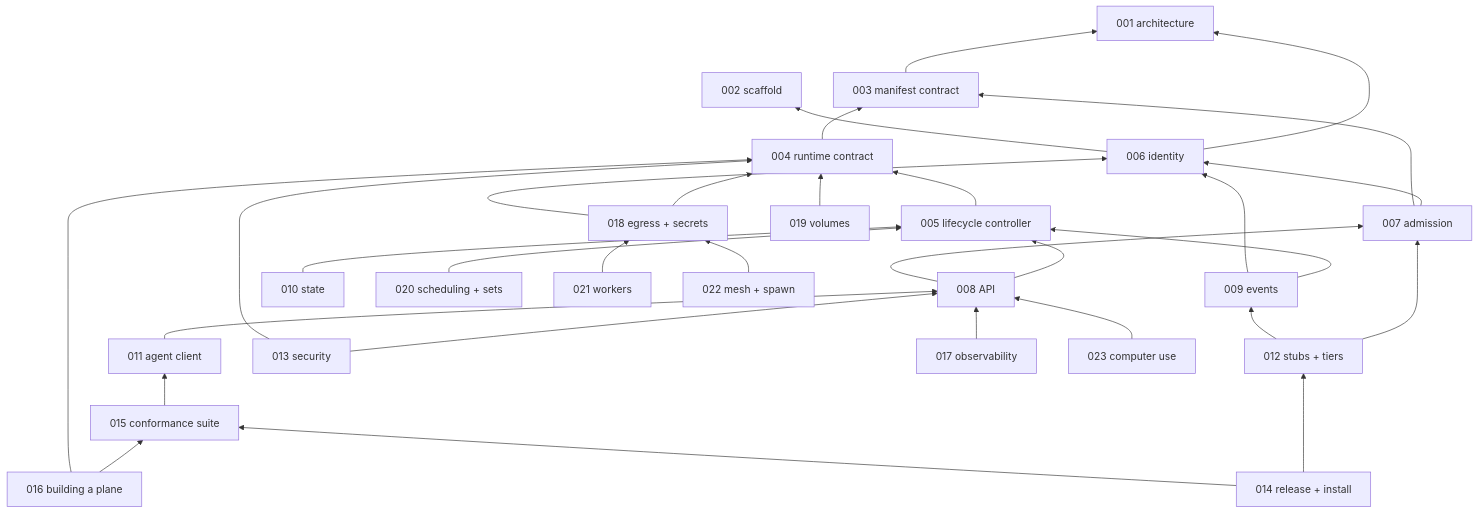
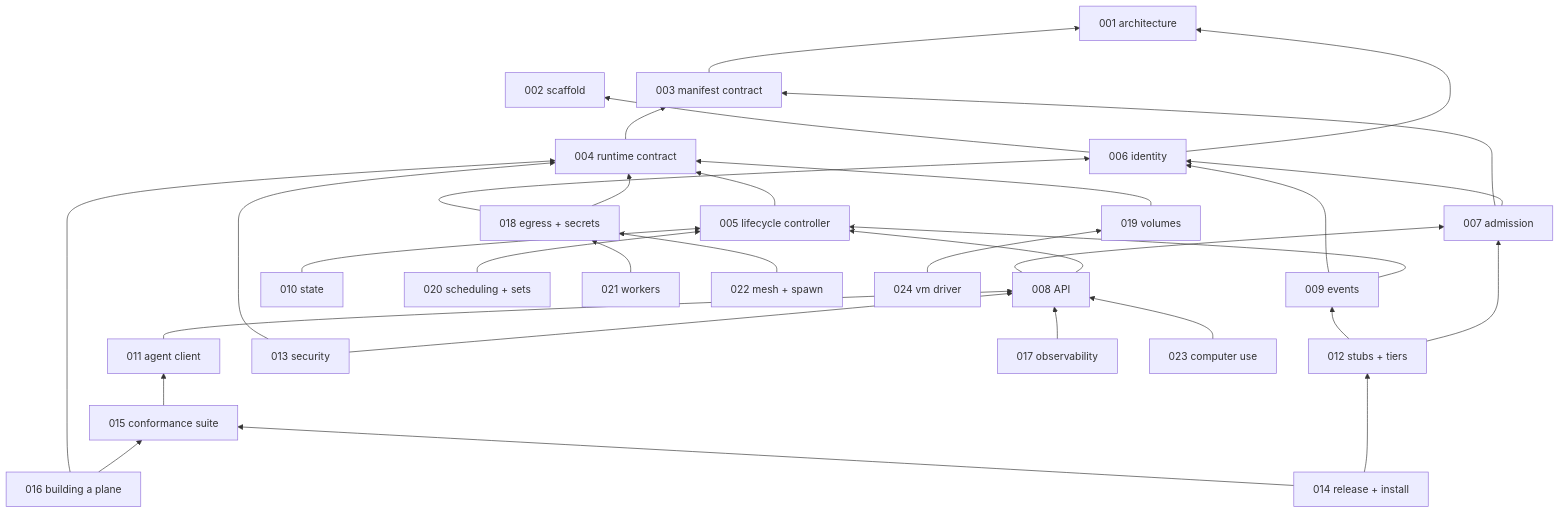
Before and after one commit to latere-ai/cella: the second of 2 diagrams in specs/README.md, drawn with Mermaid. The commit also changed other lines of this file and 2 other files, not shown here.

Commit message:
specs: hold the vm driver design open in 024 with its options and criteria

````diff
--- a/specs/README.md
+++ b/specs/README.md
@@ -81,56 +82,58 @@
 ```mermaid
 flowchart BT
   S001[001 architecture]
   S002[002 scaffold]
   S003[003 manifest contract]
   S004[004 runtime contract]
   S005[005 lifecycle controller]
   S006[006 identity]
   S007[007 admission]
   S008[008 API]
   S009[009 events]
   S010[010 state]
   S011[011 agent client]
   S012[012 stubs + tiers]
   S013[013 security]
   S014[014 release + install]
   S015[015 conformance suite]
   S016[016 building a plane]
   S017[017 observability]
   S018[018 egress + secrets]
   S019[019 volumes]
   S020[020 scheduling + sets]
   S021[021 workers]
   S022[022 mesh + spawn]
   S023[023 computer use]
+  S024[024 vm driver]
   S003 --> S001
   S004 --> S003
   S005 --> S004
   S006 --> S001
   S006 --> S002
   S007 --> S006
   S007 --> S003
   S008 --> S005
   S008 --> S007
   S009 --> S005
   S009 --> S006
   S010 --> S005
   S011 --> S008
   S012 --> S007
   S012 --> S009
   S013 --> S008
   S013 --> S004
   S014 --> S012
   S014 --> S015
   S015 --> S011
   S016 --> S015
   S016 --> S004
   S017 --> S008
   S018 --> S004
   S018 --> S006
   S019 --> S004
   S020 --> S005
   S021 --> S018
   S022 --> S018
   S023 --> S008
+  S024 --> S019
 ```
````
